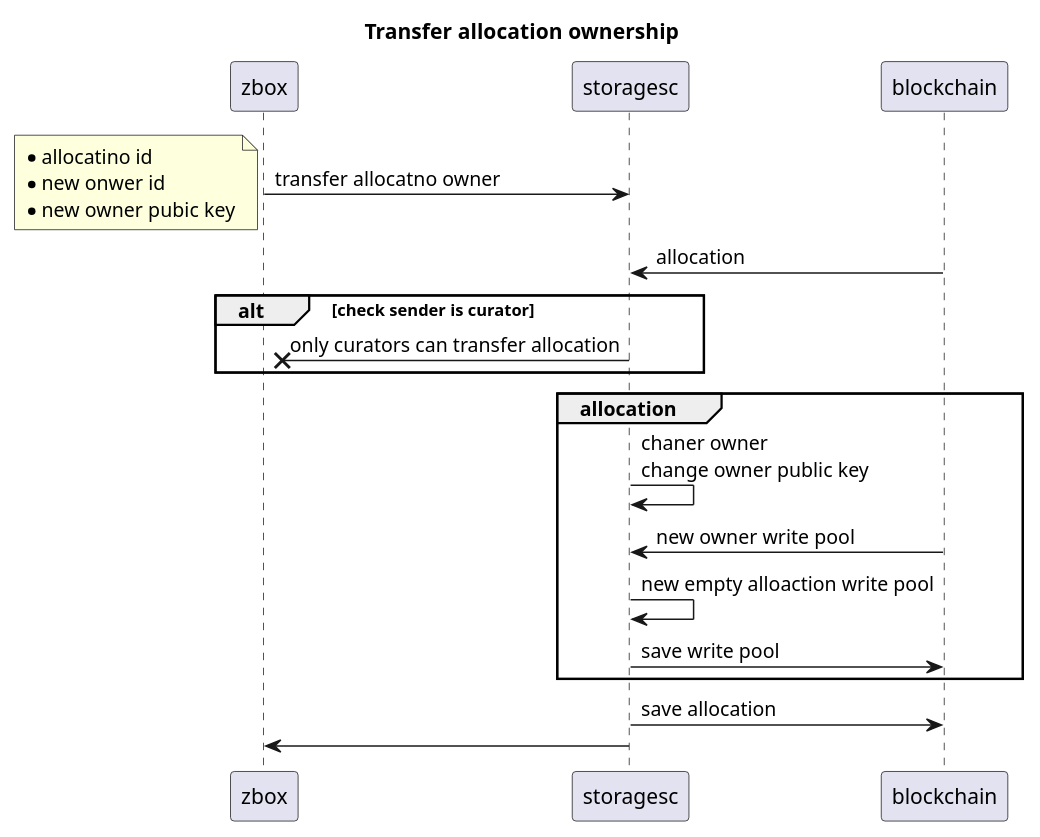
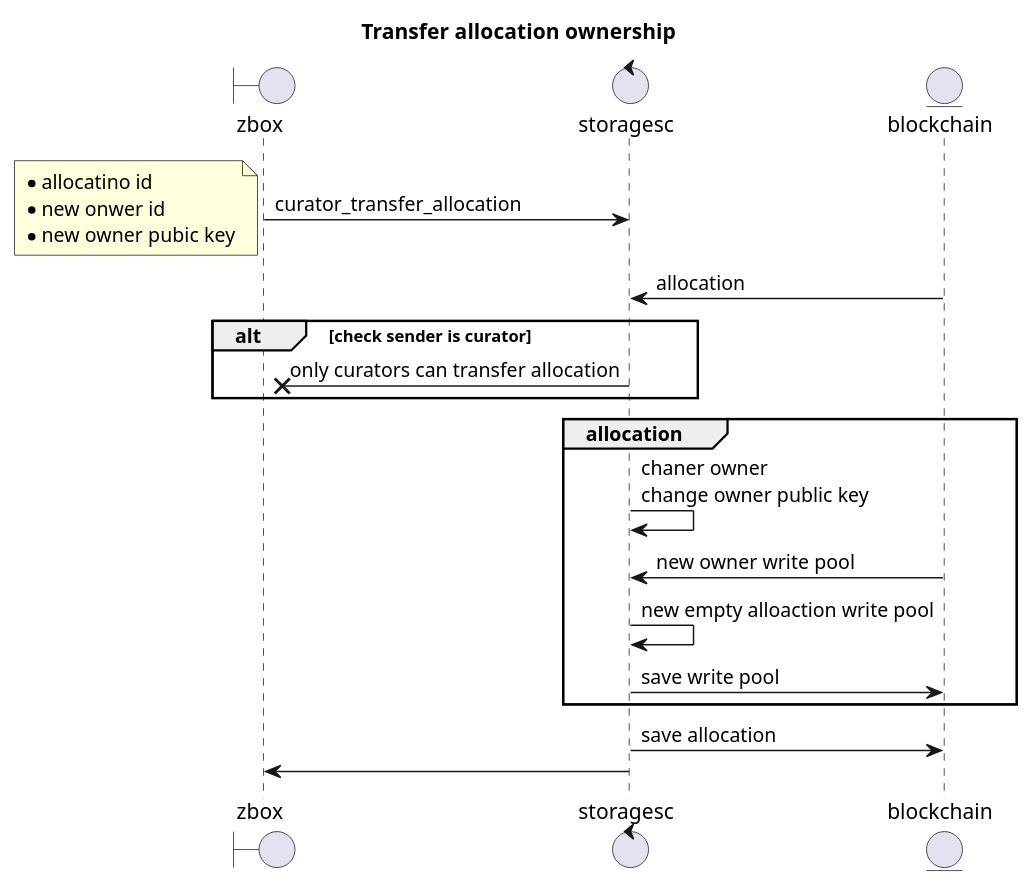
Before and after one commit to 0chain/zboxcli: diagram 18 of 32 in documents/uml.md, drawn with PlantUML. The commit also changed 1 other file, not shown here.

````diff
--- a/documents/uml.md
+++ b/documents/uml.md
@@ -392,21 +392,24 @@
 ```puml
 title Transfer allocation ownership
-zbox ->storagesc: transfer allocatno owner
+boundary zbox 
+control storagesc
+entity blockchain
+zbox ->storagesc: curator_transfer_allocation
 note left
     * allocatino id
     * new onwer id
     * new owner pubic key
 end note
     blockchain ->storagesc: allocation
     alt check sender is curator
        storagesc->x zbox : only curators can transfer allocation
     end
     group allocation
        storagesc->storagesc: chaner owner\nchange owner public key
         blockchain ->storagesc: new owner write pool
        storagesc->storagesc: new empty alloaction write pool
        storagesc-> blockchain : save write pool
     end 
    storagesc-> blockchain : save allocation
 storagesc -> zbox     
 ``` 
````
